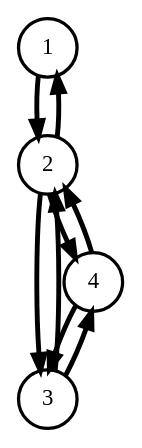
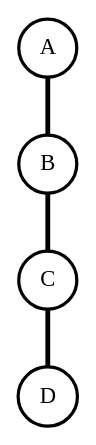
One commit to Scrow-rgb/trabalho-grafos changed the diagram in grafo.dot. Above: the diagram before and after it, drawn with Graphviz. The commit also changed 2 other files, not shown here.

```diff
--- a/grafo.dot
+++ b/grafo.dot
@@ -1,14 +1,9 @@
-digraph G {
-    1 [label = "1";penwidth = 2;shape = "circle";];
-    2 [label = "2";penwidth = 2;shape = "circle";];
-    3 [label = "3";penwidth = 2;shape = "circle";];
-    4 [label = "4";penwidth = 2;shape = "circle";];
-    1 -> 2 [penwidth = 3; color = black;];
-    2 -> 1 [penwidth = 3; color = black;];
-    2 -> 3 [penwidth = 3; color = black;];
-    2 -> 4 [penwidth = 3; color = black;];
-    3 -> 2 [penwidth = 3; color = black;];
-    3 -> 4 [penwidth = 3; color = black;];
-    4 -> 2 [penwidth = 3; color = black;];
-    4 -> 3 [penwidth = 3; color = black;];
+graph G {
+    0 [label="A", penwidth=2, shape="circle"];
+    1 [label="B", penwidth=2, shape="circle"];
+    2 [label="C", penwidth=2, shape="circle"];
+    3 [label="D", penwidth=2, shape="circle"];
+    0 -- 1 [penwidth=3, color=black];
+    1 -- 2 [penwidth=3, color=black];
+    2 -- 3 [penwidth=3, color=black];
 }
```
